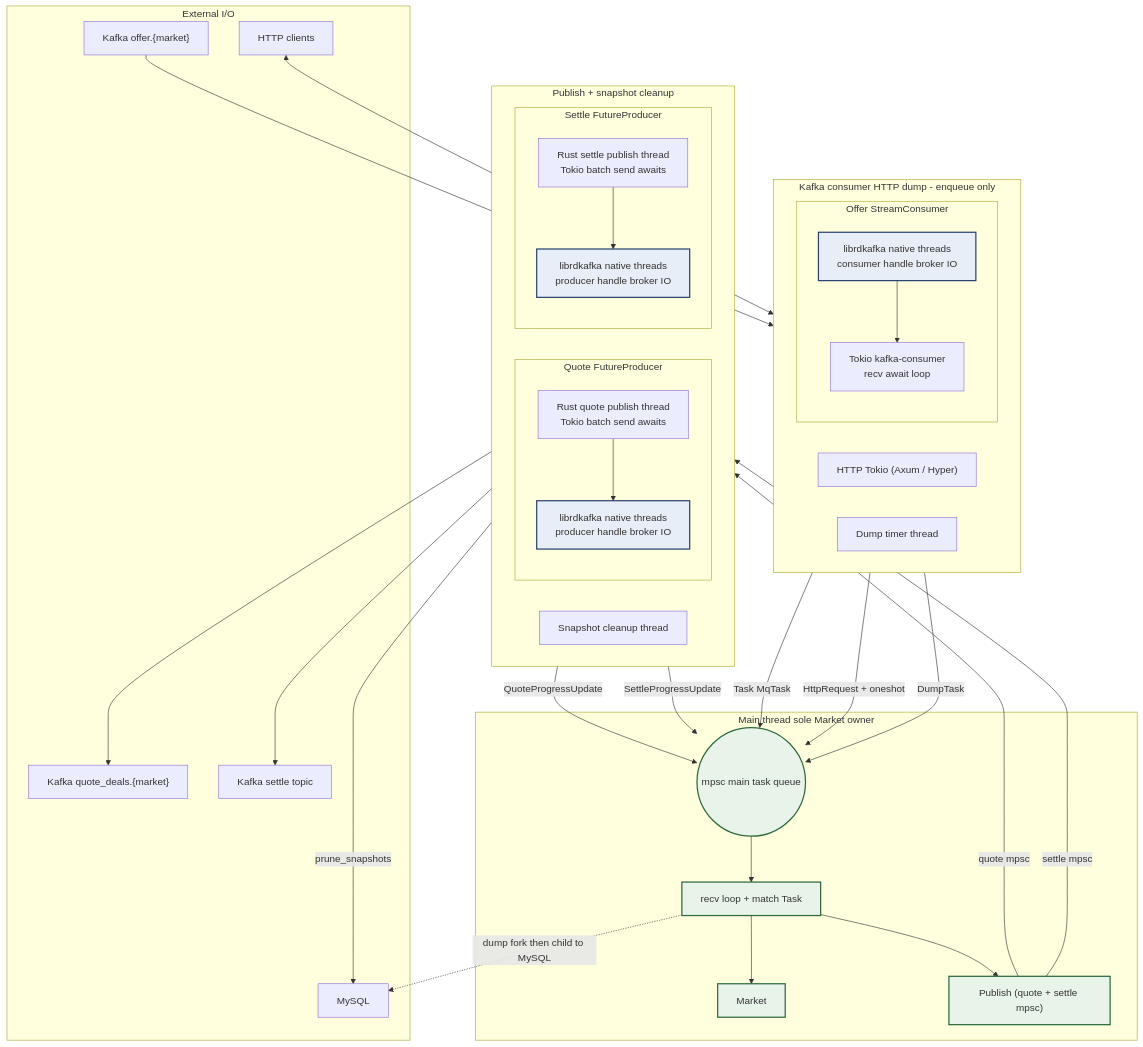
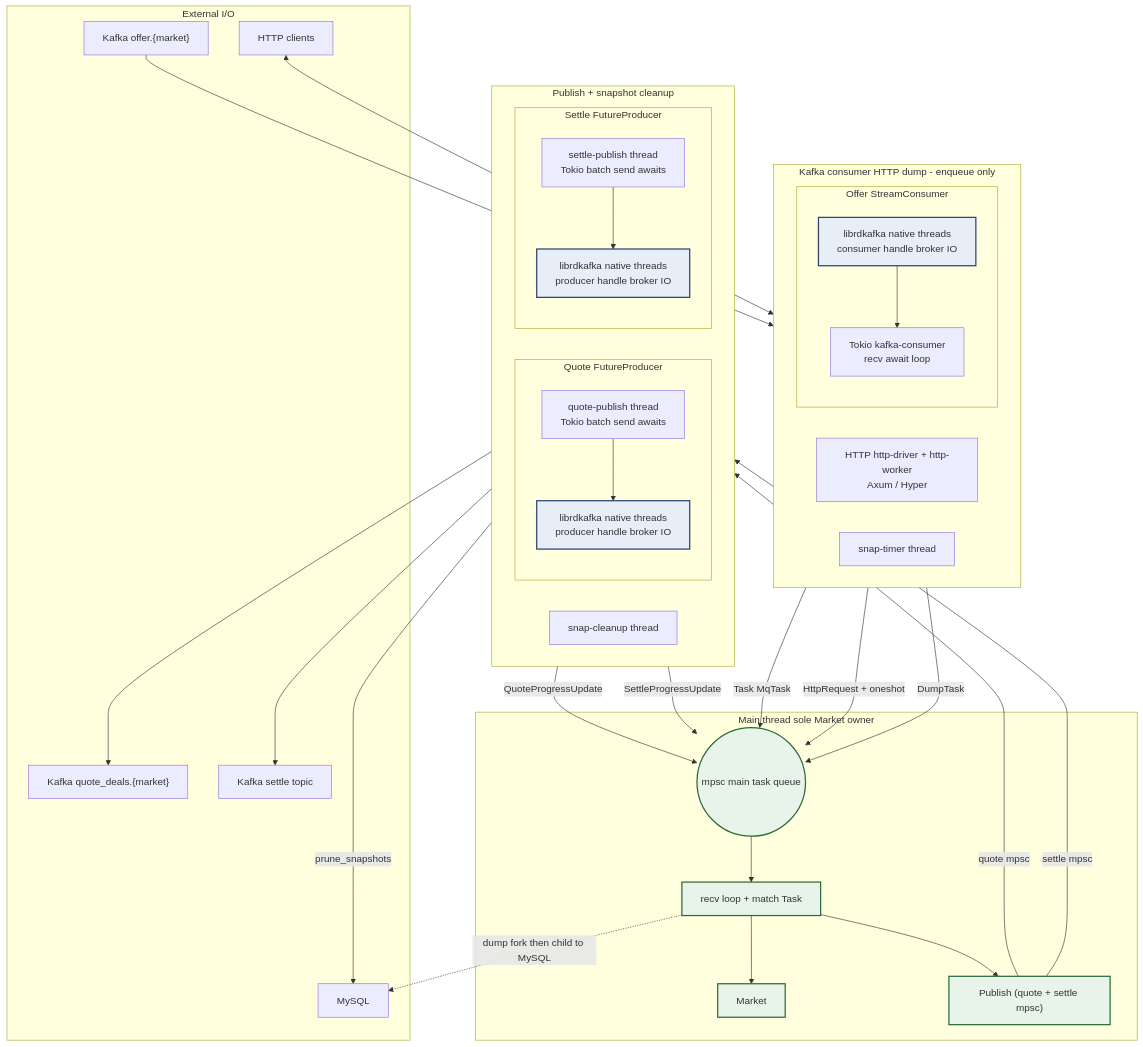
Before and after one commit to rqzrqh/matchengine_rust: the first of 3 diagrams in doc/thread-model.md, drawn with Mermaid. The commit also changed other lines of this file and 4 other files, not shown here.

````diff
--- a/doc/thread-model.md
+++ b/doc/thread-model.md
@@ -39,74 +47,74 @@
 ```mermaid
 flowchart TB
   subgraph ext["External I/O"]
     K_IN["Kafka offer.{market}"]
     K_Q["Kafka quote_deals.{market}"]
     K_S["Kafka settle topic"]
     HTTP_C["HTTP clients"]
     MY["MySQL"]
   end
 
   subgraph to_main_q["Kafka consumer HTTP dump - enqueue only"]
     direction LR
     subgraph offer_sc["Offer StreamConsumer"]
       direction TB
       RDK_OFF["librdkafka native threads<br/>consumer handle broker IO"]
       APP_OFF["Tokio kafka-consumer<br/>recv await loop"]
       RDK_OFF --> APP_OFF
     end
-    HR["HTTP Tokio (Axum / Hyper)"]
-    DT["Dump timer thread"]
+    HR["HTTP http-driver + http-worker<br/>Axum / Hyper"]
+    DT["snap-timer thread"]
   end
 
   subgraph main_th["Main thread sole Market owner"]
     Q((mpsc main task queue))
     EL["recv loop + match Task"]
     MKT["Market"]
     PUB["Publish (quote + settle mpsc)"]
     EL --> MKT
     EL --> PUB
     Q --> EL
   end
 
   subgraph other_helpers["Publish + snapshot cleanup"]
     direction LR
     subgraph quote_pr["Quote FutureProducer"]
       direction TB
-      APP_QP["Rust quote publish thread<br/>Tokio batch send awaits"]
+      APP_QP["quote-publish thread<br/>Tokio batch send awaits"]
       RDK_QP["librdkafka native threads<br/>producer handle broker IO"]
       APP_QP --> RDK_QP
     end
     subgraph settle_pr["Settle FutureProducer"]
       direction TB
-      APP_SP["Rust settle publish thread<br/>Tokio batch send awaits"]
+      APP_SP["settle-publish thread<br/>Tokio batch send awaits"]
       RDK_SP["librdkafka native threads<br/>producer handle broker IO"]
       APP_SP --> RDK_SP
     end
-    CL["Snapshot cleanup thread"]
+    CL["snap-cleanup thread"]
   end
 
   K_IN --> RDK_OFF
   APP_OFF -->|Task MqTask| Q
   HTTP_C <--> HR
   HR -->|HttpRequest + oneshot| Q
   DT -->|DumpTask| Q
   CL -->|prune_snapshots| MY
 
   PUB -->|quote mpsc| APP_QP
   PUB -->|settle mpsc| APP_SP
   RDK_QP --> K_Q
   RDK_SP --> K_S
   APP_QP -->|QuoteProgressUpdate| Q
   APP_SP -->|SettleProgressUpdate| Q
 
   EL -.->|dump fork then child to MySQL| MY
 
   classDef marketOwner fill:#e8f4ea,stroke:#2d6a3e,stroke-width:2px
   class EL marketOwner
   class MKT marketOwner
   class PUB marketOwner
   class Q marketOwner
 
   classDef rdkNative fill:#e8eef8,stroke:#2a4570,stroke-width:2px
   class RDK_OFF,RDK_QP,RDK_SP rdkNative
 ```
````
